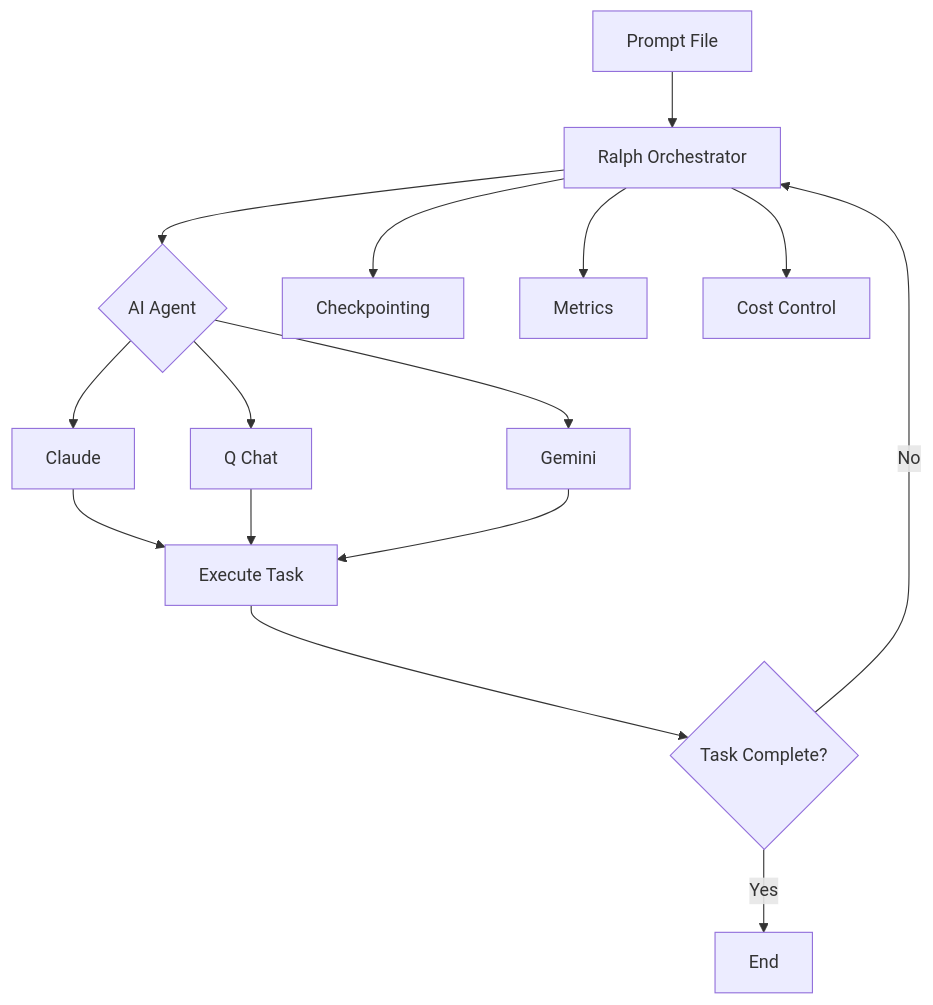
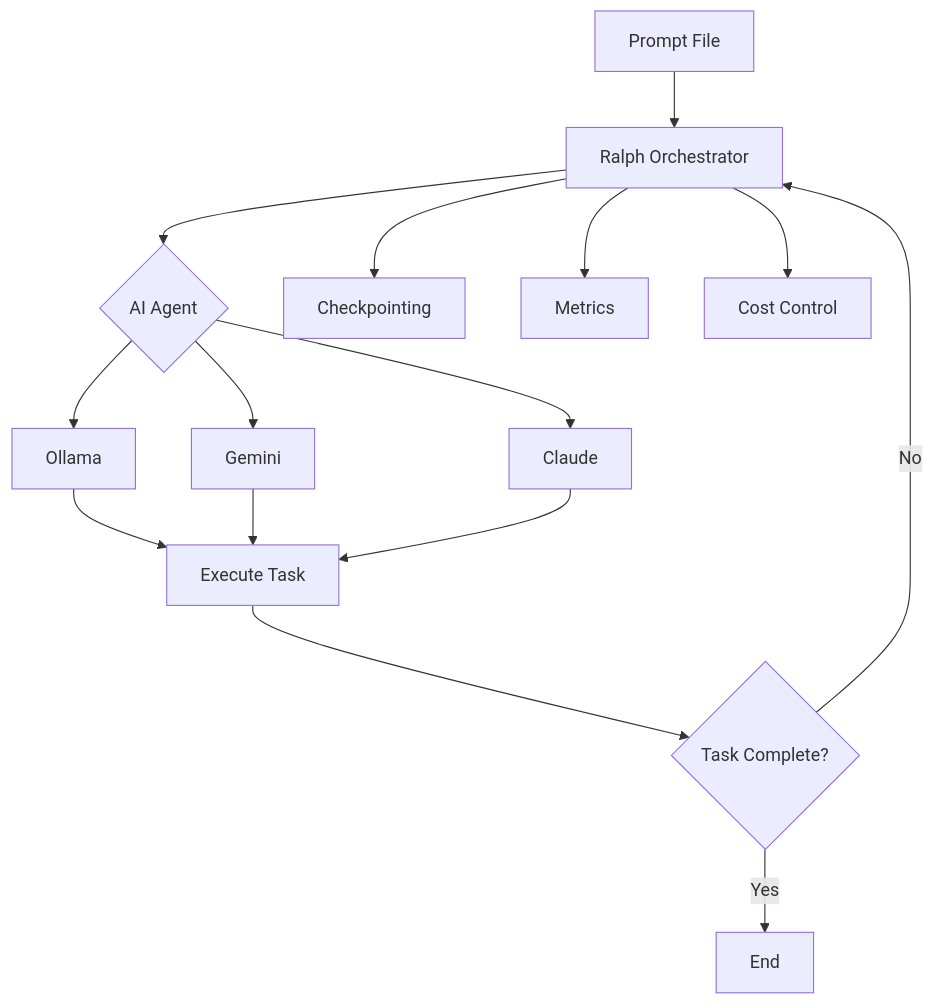
The first of 2 diagrams in docs/guide/overview.md (celaya-solutions/orchestrator), drawn with Mermaid before and after one commit. The commit also changed other lines of this file and 21 other files, not shown here.

````diff
--- a/docs/guide/overview.md
+++ b/docs/guide/overview.md
@@ -51,17 +51,17 @@
 ```mermaid
 graph TB
     A[Prompt File] --> B[Ralph Orchestrator]
     B --> C{AI Agent}
-    C --> D[Claude]
-    C --> E[Q Chat]
-    C --> F[Gemini]
+    C --> D[Ollama]
+    C --> E[Gemini]
+    C --> F[Claude]
     D --> G[Execute Task]
     E --> G
     F --> G
     G --> H{Task Complete?}
     H -->|No| B
     H -->|Yes| I[End]
     B --> J[Checkpointing]
     B --> K[Metrics]
     B --> L[Cost Control]
 ```
````
